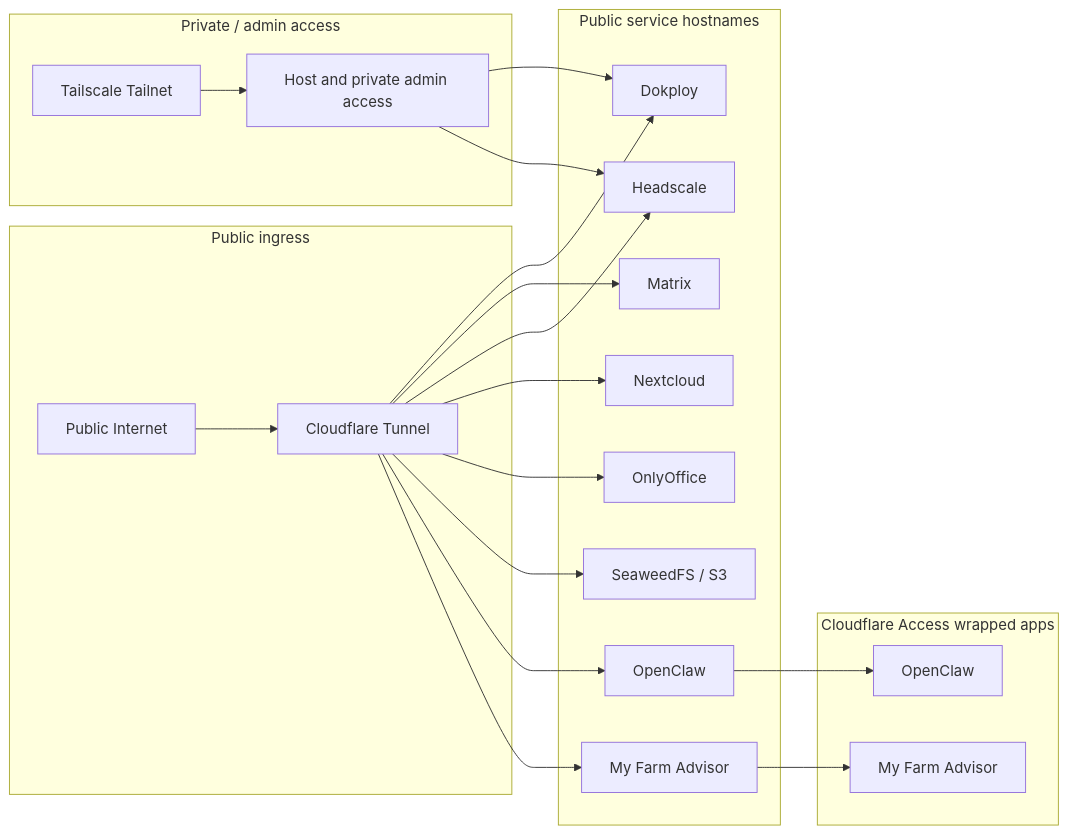
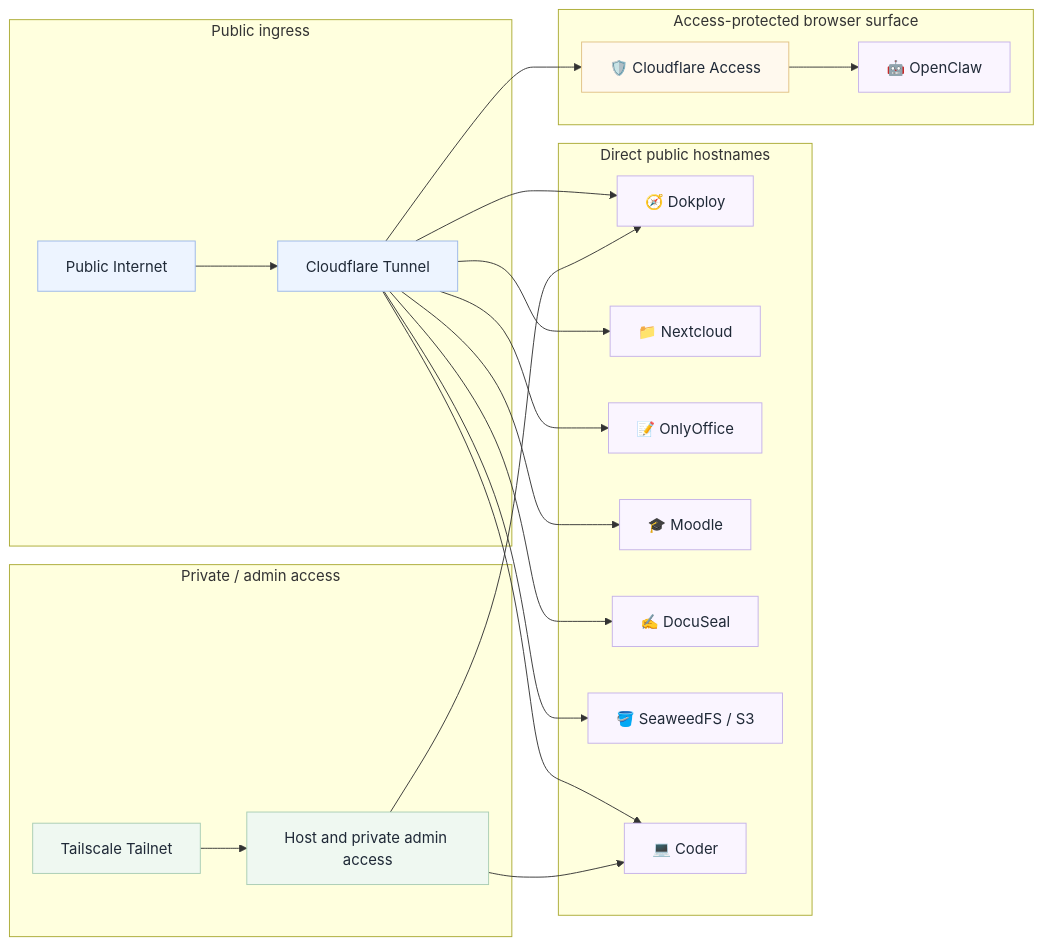
One commit to borealBytes/dokploy-wizard changed the third of 4 diagrams in README.md. Above: the diagram before and after it, drawn with Mermaid. The commit also changed other lines of this file, not shown here.

Commit message:
Refine README architecture and Mermaid guidance

````diff
--- a/README.md
+++ b/README.md
@@ -78,41 +239,52 @@
 ```mermaid
 flowchart LR
+    accTitle: Dokploy Wizard ingress and security model
+    accDescr: Public traffic reaches managed hostnames through Cloudflare Tunnel, private administration uses Tailscale, and OpenClaw is additionally wrapped by Cloudflare Access.
+
     subgraph PublicIngress[Public ingress]
         Internet[Public Internet] --> Tunnel[Cloudflare Tunnel]
     end
 
     subgraph PrivateAdmin[Private / admin access]
         Tailnet[Tailscale Tailnet] --> HostAccess[Host and private admin access]
     end
 
-    subgraph PublicSurfaces[Public service hostnames]
-        DokployHost[Dokploy]
-        MatrixHost[Matrix]
-        HeadscaleHost[Headscale]
-        NextcloudHost[Nextcloud]
-        OnlyOfficeHost[OnlyOffice]
-        SeaweedHost[SeaweedFS / S3]
-        OpenClawHost[OpenClaw]
-        FarmHost[My Farm Advisor]
+    subgraph PublicSurfaces[Direct public hostnames]
+        DokployHost[🧭 Dokploy]
+        NextcloudHost[📁 Nextcloud]
+        OnlyOfficeHost[📝 OnlyOffice]
+        MoodleHost[🎓 Moodle]
+        DocuSealHost[✍️ DocuSeal]
+        SeaweedHost[🪣 SeaweedFS / S3]
+        CoderHost[💻 Coder]
     end
 
-    subgraph AccessWrapped[Cloudflare Access wrapped apps]
-        OpenClawAccess[OpenClaw]
-        FarmAccess[My Farm Advisor]
+    subgraph AccessWrapped[Access-protected browser surface]
+        OpenClawAccess[🛡️ Cloudflare Access]
+        OpenClawHost[🤖 OpenClaw]
     end
 
     Tunnel --> DokployHost
-    Tunnel --> MatrixHost
-    Tunnel --> HeadscaleHost
     Tunnel --> NextcloudHost
     Tunnel --> OnlyOfficeHost
+    Tunnel --> MoodleHost
+    Tunnel --> DocuSealHost
     Tunnel --> SeaweedHost
-    Tunnel --> OpenClawHost
-    Tunnel --> FarmHost
+    Tunnel --> CoderHost
+    Tunnel --> OpenClawAccess
 
     HostAccess --> DokployHost
-    HostAccess --> HeadscaleHost
+    HostAccess --> CoderHost
 
-    OpenClawHost --> OpenClawAccess
-    FarmHost --> FarmAccess
+    OpenClawAccess --> OpenClawHost
+
+    classDef ingress fill:#edf4ff,stroke:#9ab6e8,color:#1f2937;
+    classDef host fill:#eff8f1,stroke:#a8ccb3,color:#1f2937;
+    classDef surface fill:#faf5ff,stroke:#c4b1e8,color:#1f2937;
+    classDef access fill:#fff9ee,stroke:#e0c184,color:#1f2937;
+
+    class Internet,Tunnel ingress;
+    class Tailnet,HostAccess host;
+    class DokployHost,NextcloudHost,OnlyOfficeHost,MoodleHost,DocuSealHost,SeaweedHost,CoderHost,OpenClawHost surface;
+    class OpenClawAccess access;
 ```
````
